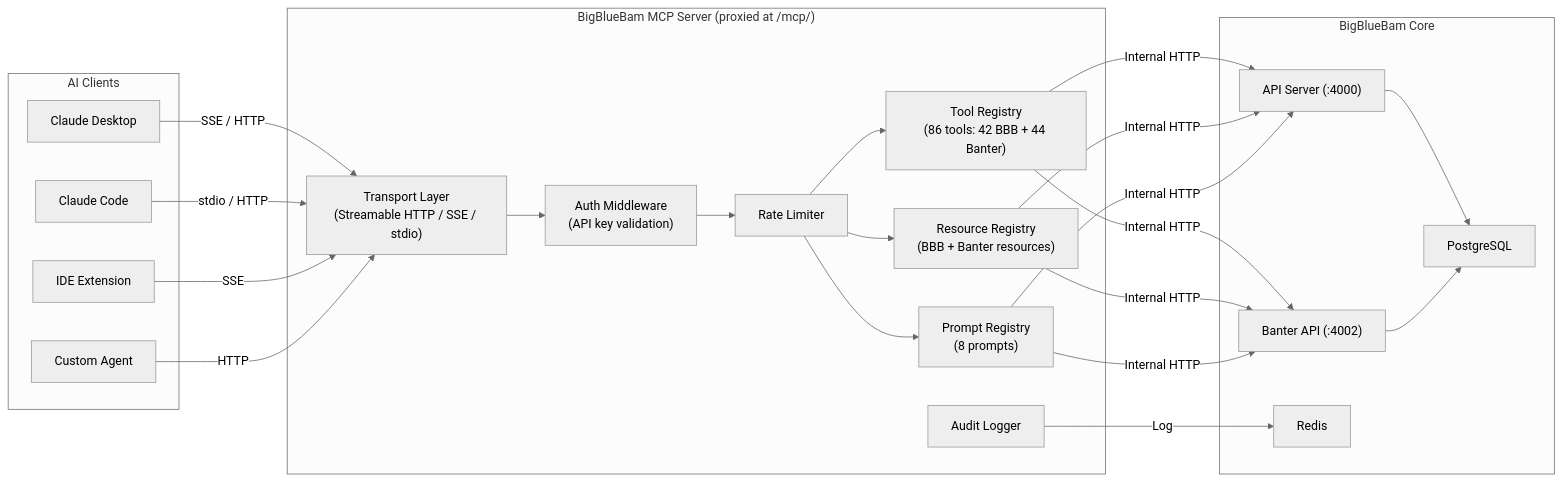
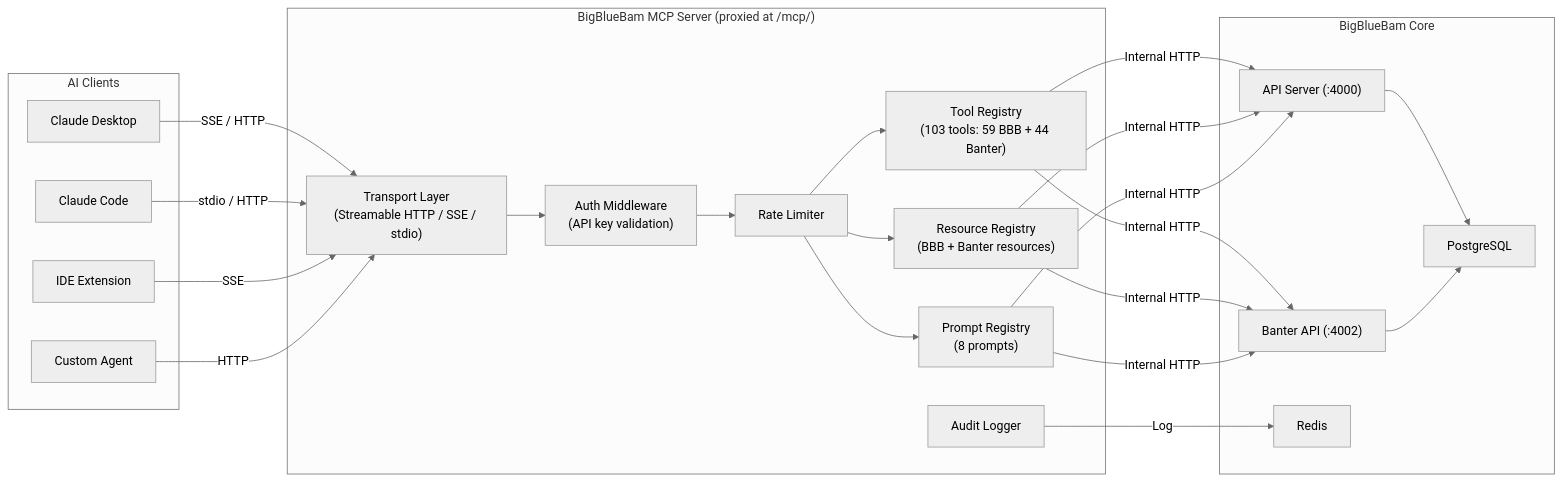
Before and after one commit to leith-bartrich/BigBlueBam: the first of 4 diagrams in docs/mcp-server.md, drawn with Mermaid (neutral theme). The commit also changed other lines of this file, not shown here.

Commit message:
docs: complete MCP tool reference with all 103 tools

````diff
--- a/docs/mcp-server.md
+++ b/docs/mcp-server.md
@@ -21,47 +23,47 @@
 ```mermaid
 graph LR
     subgraph "AI Clients"
         Claude["Claude Desktop"]
         Code["Claude Code"]
         IDE["IDE Extension"]
         Agent["Custom Agent"]
     end
 
     subgraph "BigBlueBam MCP Server (proxied at /mcp/)"
         Transport["Transport Layer<br/>(Streamable HTTP / SSE / stdio)"]
         Auth["Auth Middleware<br/>(API key validation)"]
         Rate["Rate Limiter"]
         Audit["Audit Logger"]
-        Tools["Tool Registry<br/>(86 tools: 42 BBB + 44 Banter)"]
+        Tools["Tool Registry<br/>(103 tools: 59 BBB + 44 Banter)"]
         Resources["Resource Registry<br/>(BBB + Banter resources)"]
         Prompts["Prompt Registry<br/>(8 prompts)"]
     end
 
     subgraph "BigBlueBam Core"
         API["API Server (:4000)"]
         BanterAPI["Banter API (:4002)"]
         DB["PostgreSQL"]
         Redis["Redis"]
     end
 
     Claude -->|"SSE / HTTP"| Transport
     Code -->|"stdio / HTTP"| Transport
     IDE -->|"SSE"| Transport
     Agent -->|"HTTP"| Transport
 
     Transport --> Auth
     Auth --> Rate
     Rate --> Tools
     Rate --> Resources
     Rate --> Prompts
 
     Tools -->|"Internal HTTP"| API
     Tools -->|"Internal HTTP"| BanterAPI
     Resources -->|"Internal HTTP"| API
     Resources -->|"Internal HTTP"| BanterAPI
     Prompts -->|"Internal HTTP"| API
     Prompts -->|"Internal HTTP"| BanterAPI
     Audit -->|"Log"| Redis
     API --> DB
     BanterAPI --> DB
 ```
````
